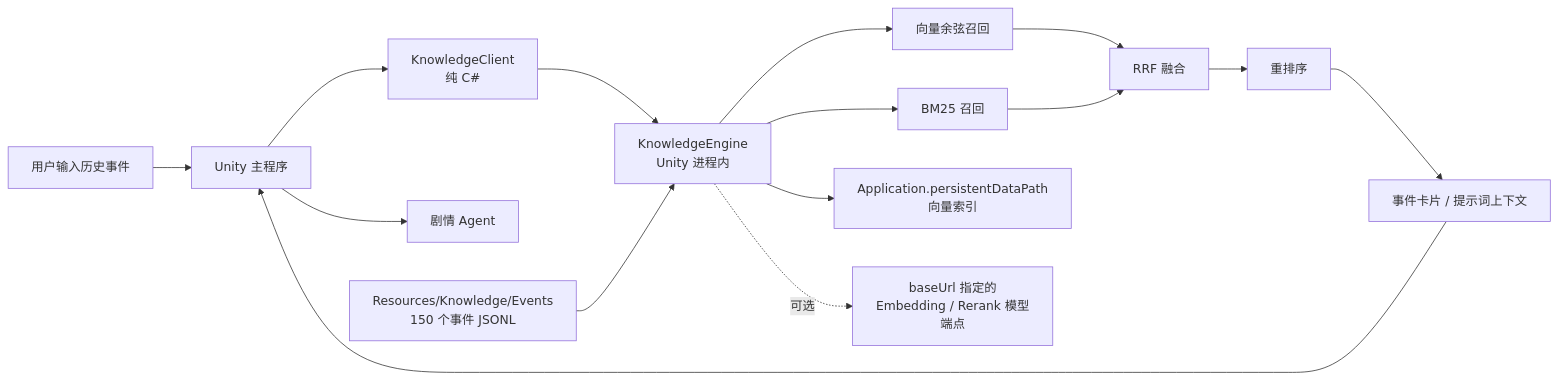
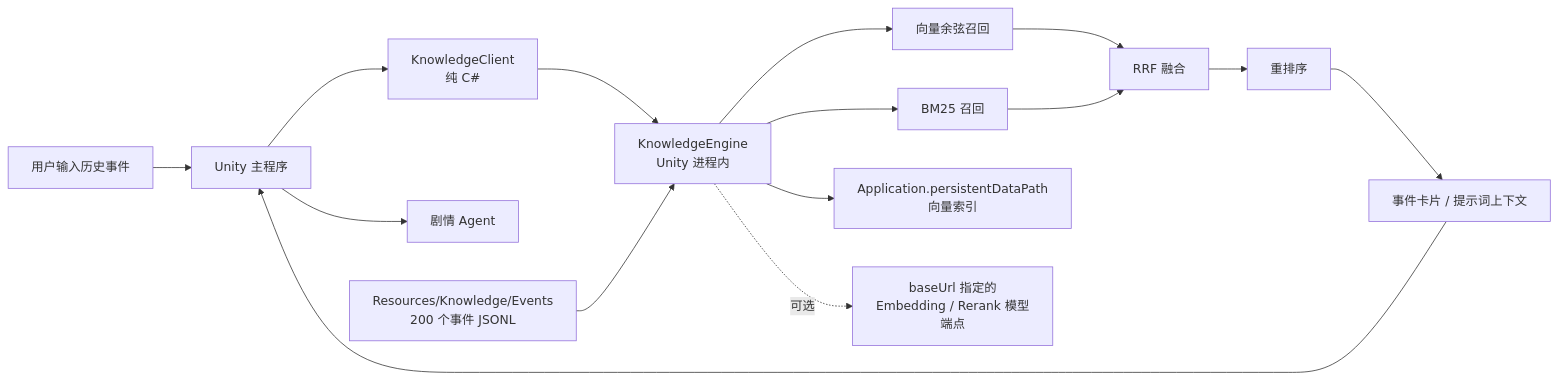
Before and after one commit to xinghuocode/epicspark: the diagram in Docs/KnowledgeRAG.md, drawn with Mermaid. The commit also changed other lines of this file and 5 other files, not shown here.

````diff
--- a/Docs/KnowledgeRAG.md
+++ b/Docs/KnowledgeRAG.md
@@ -8,17 +8,17 @@
 ```mermaid
 flowchart LR
     U[用户输入历史事件] --> S[Unity 主程序]
     S --> C[KnowledgeClient<br/>纯 C#]
     C --> E[KnowledgeEngine<br/>Unity 进程内]
     E --> R1[向量余弦召回]
     E --> R2[BM25 召回]
     R1 --> F[RRF 融合]
     R2 --> F
     F --> RR[重排序]
     RR --> CX[事件卡片 / 提示词上下文]
     CX --> S
     S --> A[剧情 Agent]
-    D[Resources/Knowledge/Events<br/>150 个事件 JSONL] --> E
+    D[Resources/Knowledge/Events<br/>200 个事件 JSONL] --> E
     E --> IDX[Application.persistentDataPath<br/>向量索引]
     E -.可选.-> M[baseUrl 指定的<br/>Embedding / Rerank 模型端点]
 ```
````
